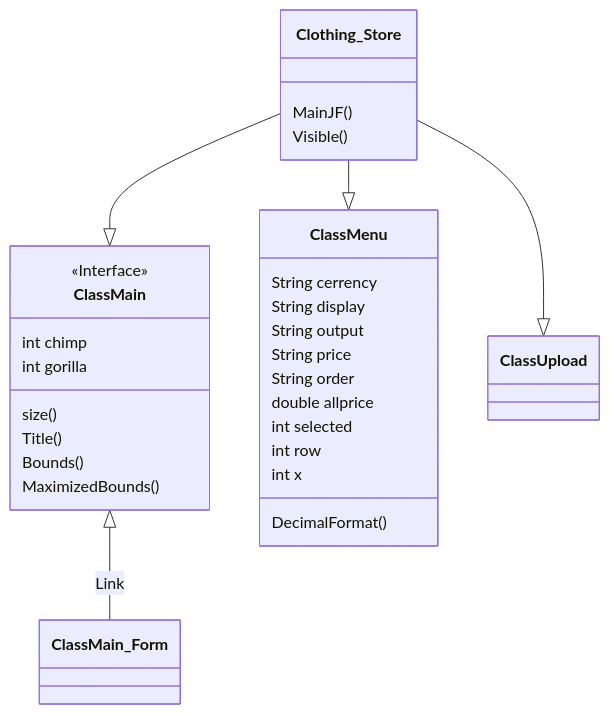
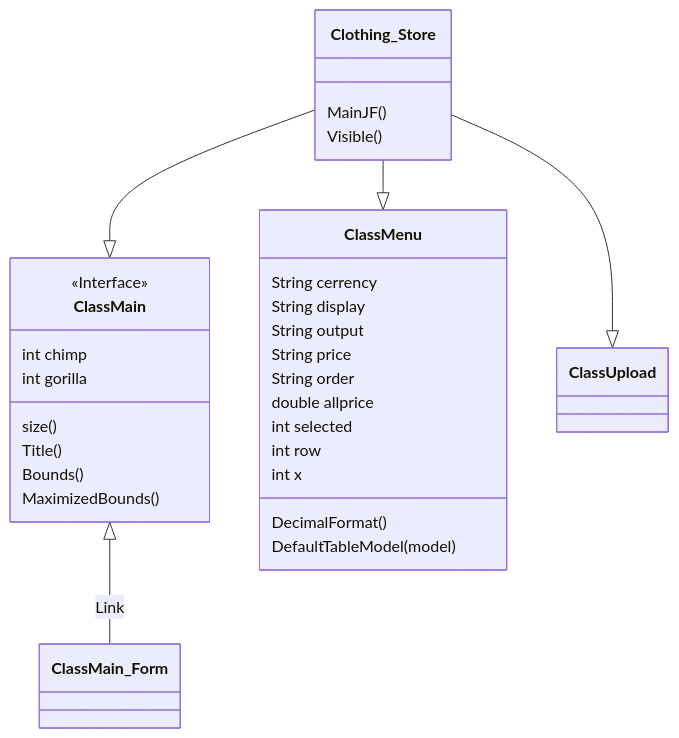
One commit to kawin101/Java_GUI_CRUD_CSV changed the third of 3 diagrams in README.md. Above: the diagram before and after it, drawn with Mermaid.

````diff
--- a/README.md
+++ b/README.md
@@ -33,27 +33,28 @@
 ```mermaid
 classDiagram
 ClassMain <|-- ClassMain_Form : Link
 <<Interface>> ClassMain
 Clothing_Store --|> ClassMain
 Clothing_Store --|> ClassMenu
 Clothing_Store --|> ClassUpload
 Clothing_Store : MainJF()
 Clothing_Store : Visible()
 ClassMain : size()
 ClassMain : Title()
 ClassMain : Bounds()
 ClassMain : MaximizedBounds()
 ClassMain : int chimp
 ClassMain : int gorilla
 ClassMenu : String cerrency
 ClassMenu : String display
 ClassMenu : String output
 ClassMenu : String price
 ClassMenu : String order
 ClassMenu : DecimalFormat()
 ClassMenu : double allprice
 ClassMenu : int selected
 ClassMenu : int row
 ClassMenu : int x
+ClassMenu : DefaultTableModel(model)
 
 ```
````
